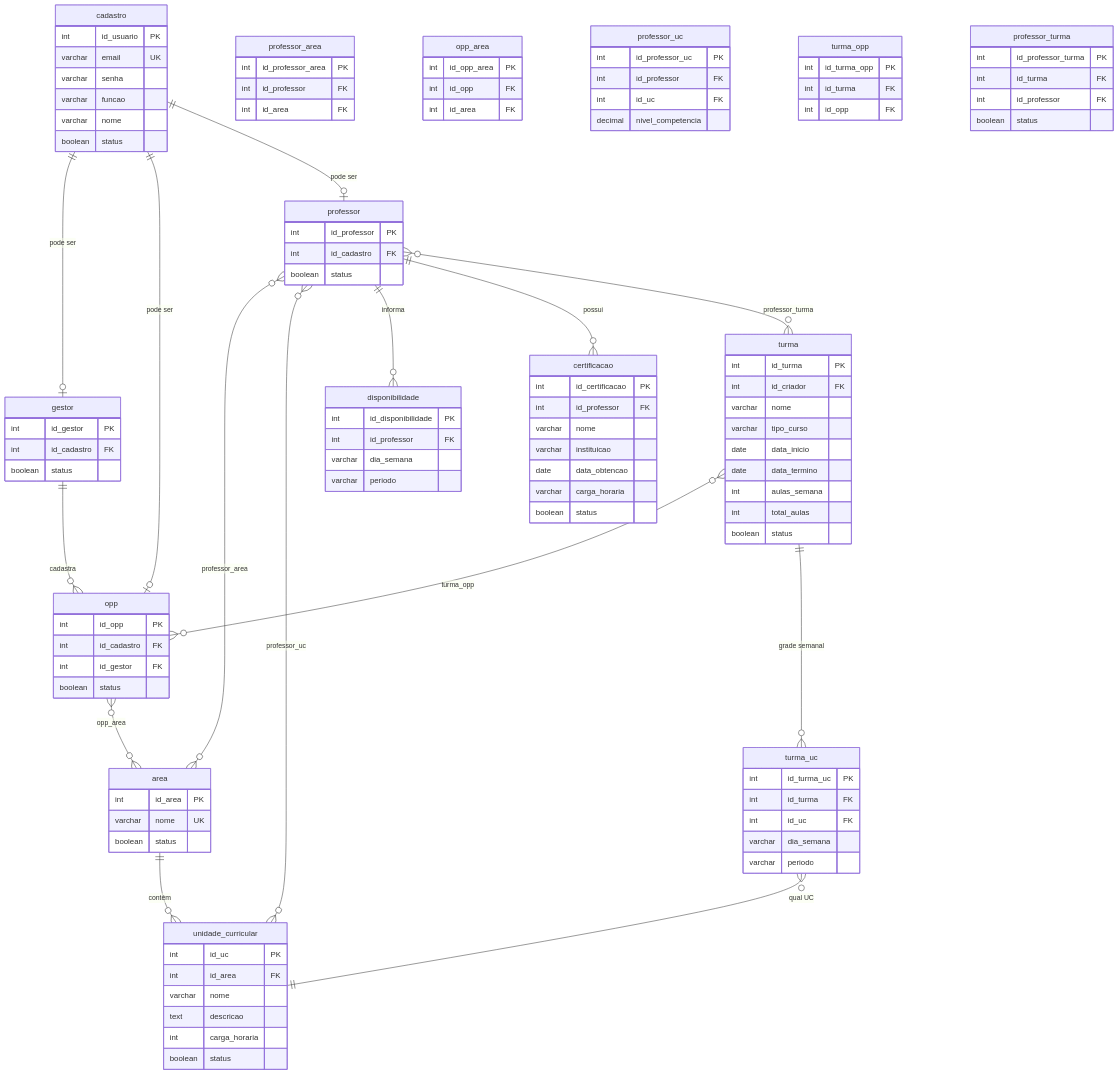
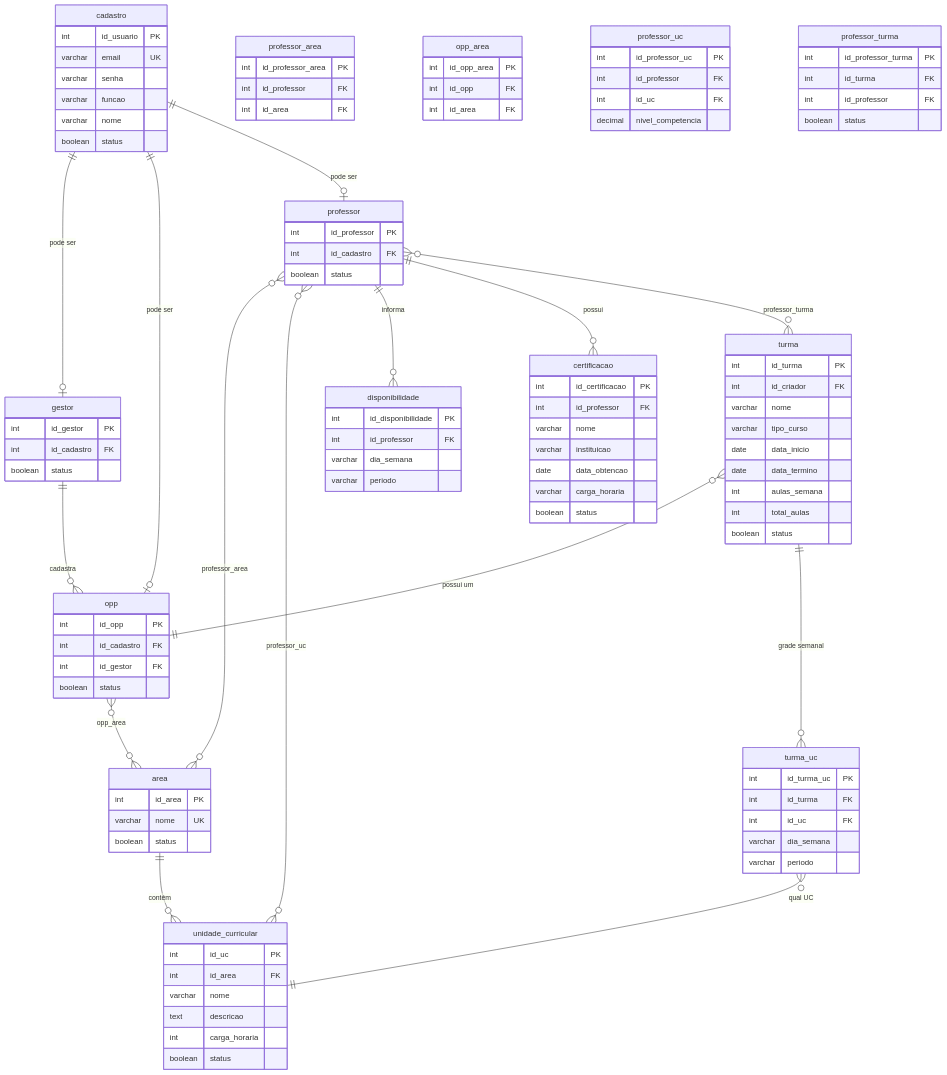
One commit to CaueSoaresValente/Projeto-TCC changed the first of 3 diagrams in proposta_banco_de_dados.md. Above: the diagram before and after it, drawn with Mermaid. The commit also changed other lines of this file and 40 other files, not shown here.

```diff
--- a/proposta_banco_de_dados.md
+++ b/proposta_banco_de_dados.md
@@ -102,7 +102,7 @@
     professor ||--o{ certificacao : "possui"
     professor }o--o{ turma : "professor_turma"
     
-    turma }o--o{ opp : "turma_opp"
+    turma }o--|| opp : "possui um"
     turma ||--o{ turma_uc : "grade semanal"
     turma_uc }o--|| unidade_curricular : "qual UC"
 
@@ -180,11 +180,7 @@
         boolean status
     }
 
-    turma_opp {
-        int id_turma_opp PK
-        int id_turma FK
-        int id_opp FK
-    }
+    %% Tabela turma_opp removida, id_opp agora está na tabela turma
 
     turma_uc {
         int id_turma_uc PK
```
